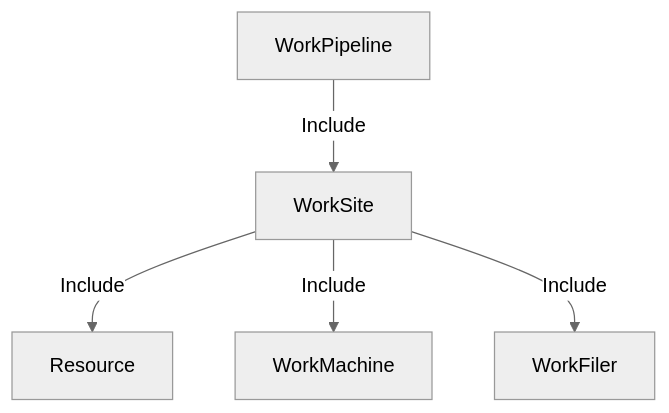
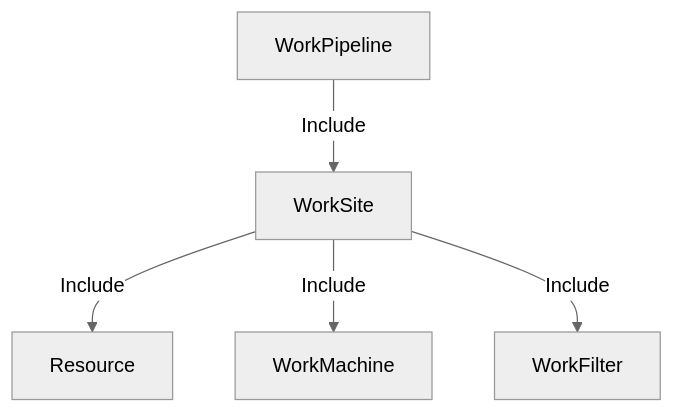
One commit to FL-LearningGroup/BeautifulData-Server changed the diagram in BDS.Framework.md. Above: the diagram before and after it, drawn with Mermaid (neutral theme). The commit also changed other lines of this file, not shown here.

````diff
--- a/BDS.Framework.md
+++ b/BDS.Framework.md
@@ -9,7 +9,7 @@
 ```mermaid
 graph TB
   wp[WorkPipeline] --> |Include|ws[WorkSite]
   ws --> |Include|res[Resource]
   ws --> |Include|wm[WorkMachine]
-  ws --> |Include|wf[WorkFiler]
+  ws --> |Include|wf[WorkFilter]
 ```
````
